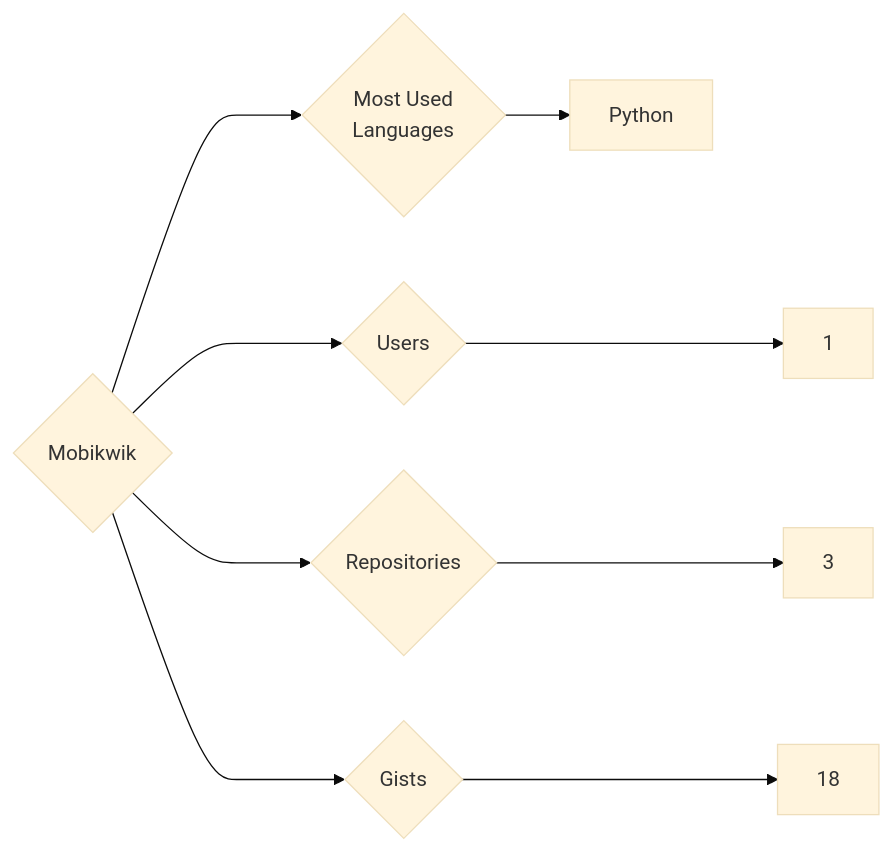
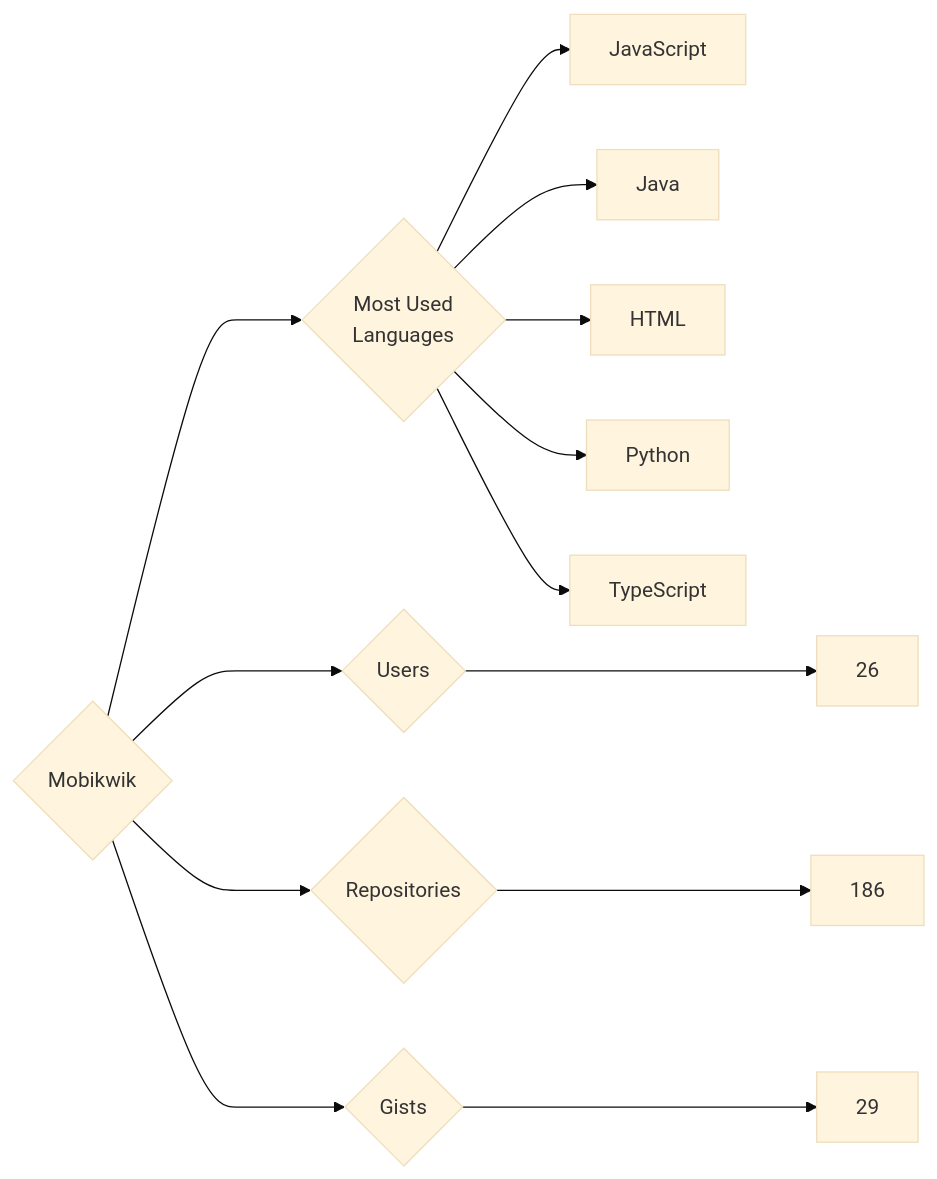
Before and after one commit to trickest/insiders: the diagram in targets/Mobikwik/README.md, drawn with Mermaid (base theme). The commit also changed 976 other files, not shown here.

````diff
--- a/targets/Mobikwik/README.md
+++ b/targets/Mobikwik/README.md
@@ -3,9 +3,13 @@
 ```mermaid
 graph LR
 COMPANY_NAME{Mobikwik}
-COMPANY_NAME ---> U{Users} ---> UN[1]
-COMPANY_NAME ---> R{Repositories} ---> RN[3]
-COMPANY_NAME ---> G{Gists} ---> GN[18]
+COMPANY_NAME ---> U{Users} ---> UN[26]
+COMPANY_NAME ---> R{Repositories} ---> RN[186]
+COMPANY_NAME ---> G{Gists} ---> GN[29]
 COMPANY_NAME ---> ML{Most Used<br>Languages}
+ML --> JavaScript[JavaScript]
+ML --> Java[Java]
+ML --> HTML[HTML]
 ML --> Python[Python]
+ML --> TypeScript[TypeScript]
 ```
````
